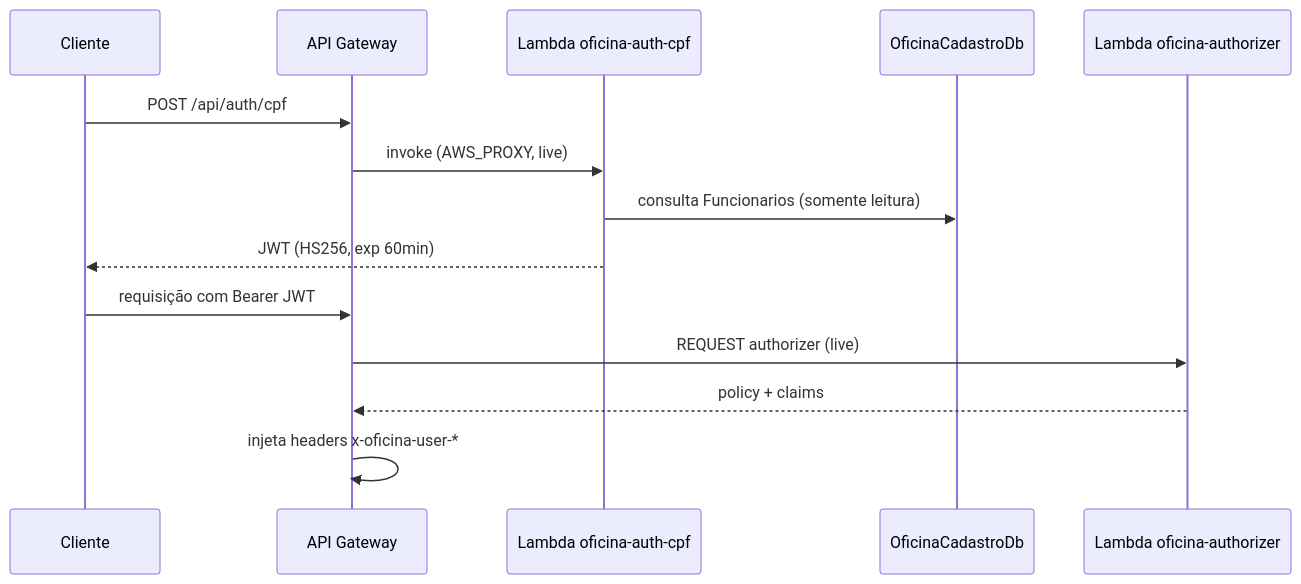
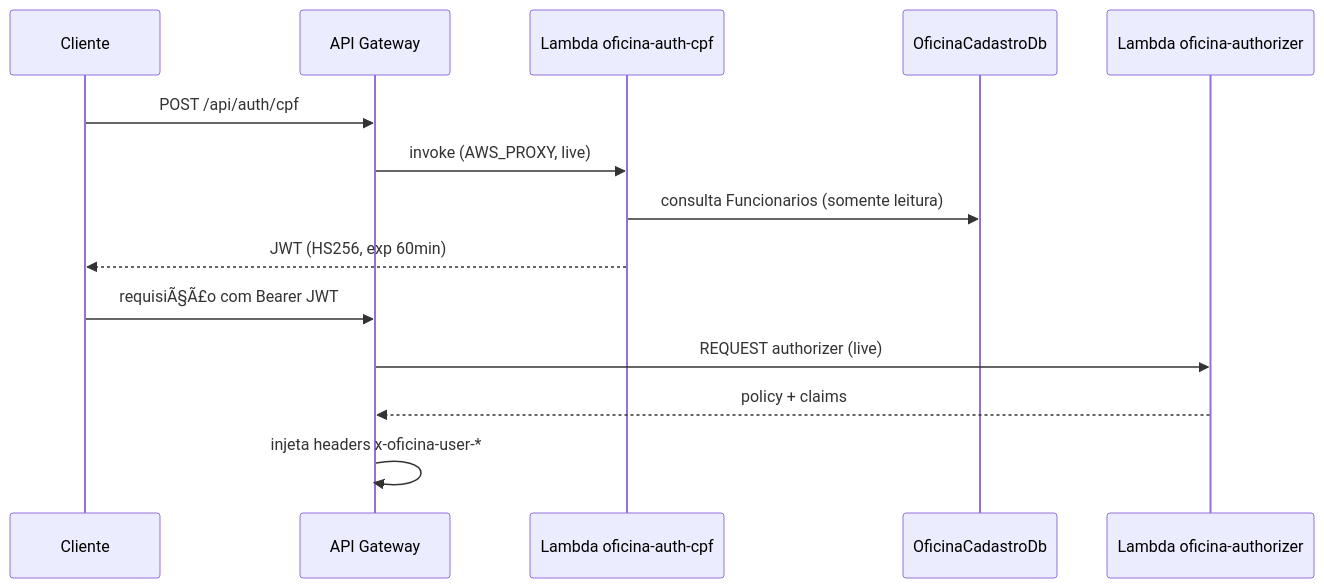
Before and after one commit to fabianorodrigues/oficina-infra-fiap-fase4: the second of 5 diagrams in README.md, drawn with Mermaid. The commit also changed other lines of this file and 9 other files, not shown here.

````diff
--- a/README.md
+++ b/README.md
@@ -102,17 +102,17 @@
 ```mermaid
 sequenceDiagram
     participant C as Cliente
     participant GW as API Gateway
     participant Auth as Lambda oficina-auth-cpf
     participant DB as OficinaCadastroDb
     participant Authz as Lambda oficina-authorizer
 
     C->>GW: POST /api/auth/cpf
     GW->>Auth: invoke (AWS_PROXY, live)
     Auth->>DB: consulta Funcionarios (somente leitura)
     Auth-->>C: JWT (HS256, exp 60min)
-    C->>GW: requisição com Bearer JWT
+    C->>GW: requisiÃ§Ã£o com Bearer JWT
     GW->>Authz: REQUEST authorizer (live)
     Authz-->>GW: policy + claims
     GW->>GW: injeta headers x-oficina-user-*
 ```
````
